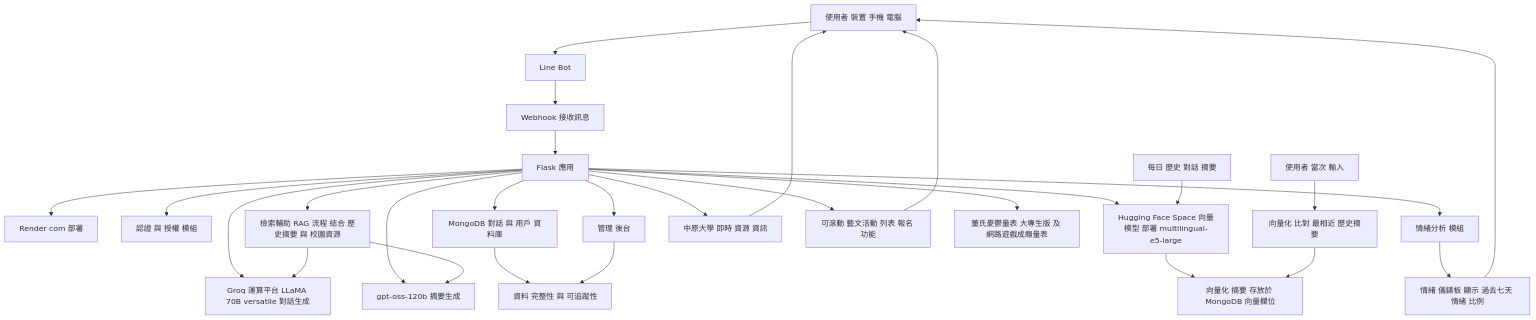
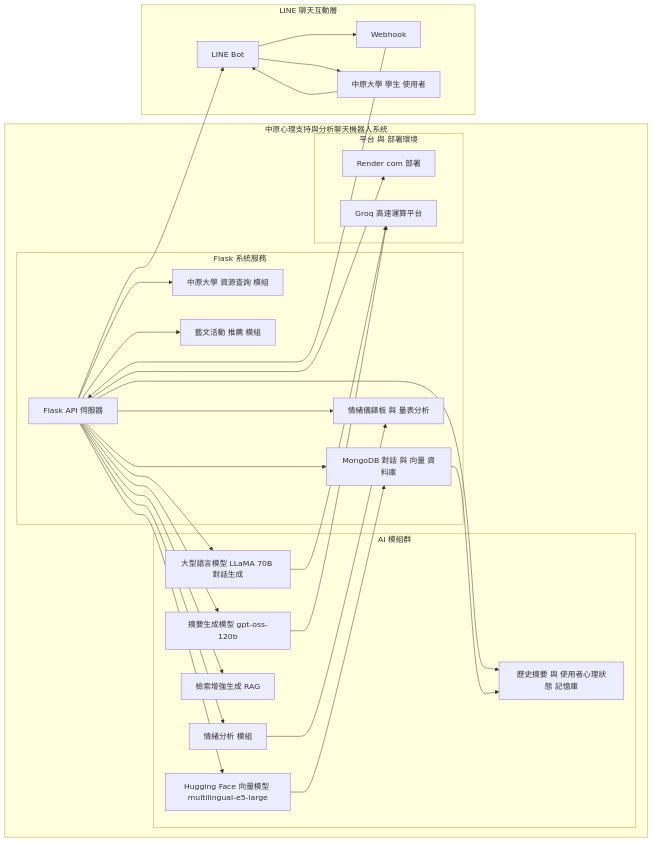
The diagram in README.md (aurorajojo/test_conversation), drawn with Mermaid before and after one commit. The commit also changed other lines of this file, not shown here.

````diff
--- a/README.md
+++ b/README.md
@@ -1,31 +1,62 @@
 ```mermaid
-graph TD
-  使用者裝置[使用者 裝置 手機 電腦] --> LineBot[Line Bot]
-  LineBot --> Webhook[Webhook 接收訊息]
-  Webhook --> FlaskApp[Flask 應用]
-  FlaskApp --> RenderCom[Render com 部署]
-  FlaskApp --> Auth[認證 與 授權 模組]
-  FlaskApp --> Groq[Groq 運算平台 LLaMA 70B versatile 對話生成]
-  FlaskApp --> Summarizer[gpt-oss-120b 摘要生成]
-  FlaskApp --> MongoDB[MongoDB 對話 與 用戶 資料庫]
-  MongoDB --> Audit[資料 完整性 與 可追蹤性]
-  FlaskApp --> HFSpace[Hugging Face Space 向量模型 部署 multilingual-e5-large]
-  HFSpace --> VectorDB[向量化 摘要 存放於 MongoDB 向量欄位]
-  每日摘要[每日 歷史 對話 摘要] --> HFSpace
-  使用者輸入[使用者 當次 輸入] --> Vectorize[向量化 比對 最相近 歷史摘要]
-  Vectorize --> VectorDB
-  FlaskApp --> RAG[檢索輔助 RAG 流程 結合 歷史摘要 與 校園資源]
-  RAG --> Groq
-  RAG --> Summarizer
-  FlaskApp --> EmotionAnalysis[情緒分析 模組]
-  EmotionAnalysis --> Dashboard[情緒 儀錶板 顯示 過去七天 情緒 比例]
-  FlaskApp --> CampusResources[中原大學 即時 資源 資訊]
-  FlaskApp --> Activities[可滾動 藝文活動 列表 報名 功能]
-  FlaskApp --> Scales[董氏憂鬱量表 大專生版 及 網路遊戲成癮量表]
-  Dashboard --> 使用者裝置
-  Activities --> 使用者裝置
-  CampusResources --> 使用者裝置
-  AdminPanel[管理 後台] --> Audit
-  FlaskApp --> AdminPanel
+graph LR
+  subgraph 系統主體[中原心理支持與分析聊天機器人系統]
+    
+    subgraph AI模組群[AI 模組群]
+      LLM[大型語言模型 LLaMA 70B 對話生成]
+      SUM[摘要生成模型 gpt-oss-120b]
+      RAG[檢索增強生成 RAG]
+      VECTOR[Hugging Face 向量模型 multilingual-e5-large]
+      EMOTION[情緒分析 模組]
+      MEMORY[歷史摘要 與 使用者心理狀態 記憶庫]
+    end
+
+    subgraph 系統後端[Flask 系統服務]
+      API[Flask API 伺服器]
+      DB[MongoDB 對話 與 向量 資料庫]
+      DASHBOARD[情緒儀錶板 與 量表分析]
+      RESOURCE[中原大學 資源查詢 模組]
+      ACTIVITY[藝文活動 推薦 模組]
+    end
+
+    subgraph 平台與部署[平台 與 部署環境]
+      RENDER[Render com 部署]
+      GROQ[Groq 高速運算平台]
+    end
+  end
+
+  subgraph Line區[LINE 聊天互動層]
+    LINEBOT[LINE Bot]
+    WEBHOOK[Webhook]
+    USER[中原大學 學生 使用者]
+  end
+
+  %% 流程連線
+  USER --> LINEBOT
+  LINEBOT --> WEBHOOK
+  WEBHOOK --> API
+
+  API --> LLM
+  API --> SUM
+  API --> RAG
+  API --> VECTOR
+  API --> EMOTION
+  API --> DB
+  API --> RESOURCE
+  API --> ACTIVITY
+  API --> DASHBOARD
+  API --> MEMORY
+
+  LLM --> GROQ
+  SUM --> GROQ
+  API --> RENDER
+  DB --> MEMORY
+  VECTOR --> DB
+  EMOTION --> DASHBOARD
+
+  %% 輸出
+  API --> LINEBOT
+  LINEBOT --> USER
+
 
 ```
````
